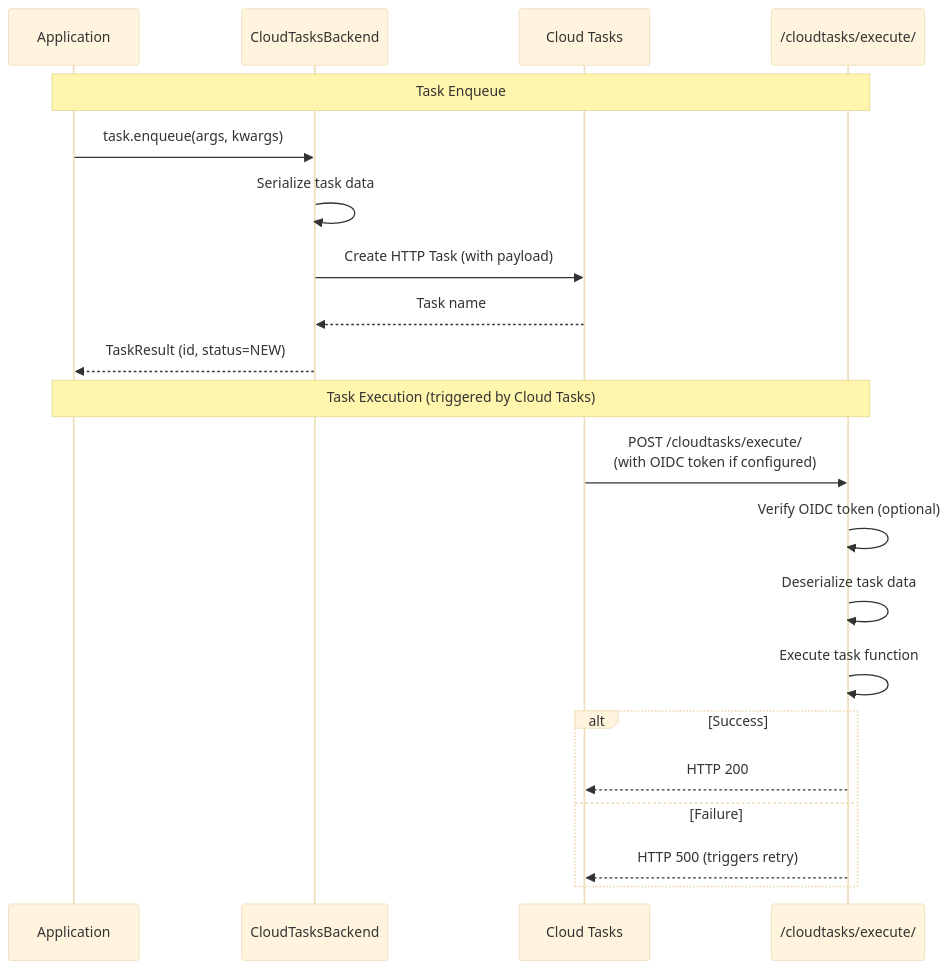
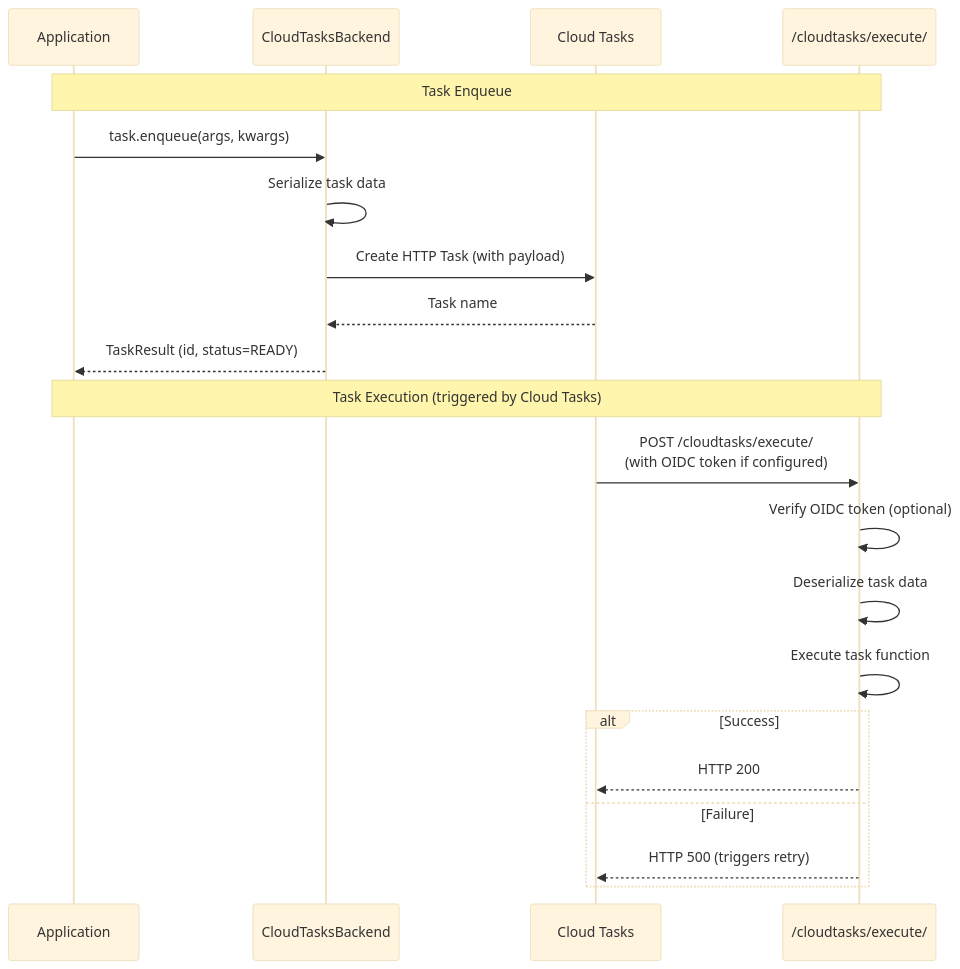
One commit to tokibito/django-tasks-cloud-tasks changed the diagram in README.md. Above: the diagram before and after it, drawn with Mermaid (base theme). The commit also changed 1 other file, not shown here.

Commit message:
README: the enqueue in the architecture diagram returns READY
TaskResultStatus has no NEW; enqueue() returns a result in READY, as
test_enqueue_task asserts.

Fixes #21.

````diff
--- a/README.md
+++ b/README.md
@@ -23,25 +23,25 @@
 ```mermaid
 sequenceDiagram
     participant App as Application
     participant Backend as CloudTasksBackend
     participant CT as Cloud Tasks
     participant Handler as /cloudtasks/execute/
 
     Note over App,Handler: Task Enqueue
     App->>Backend: task.enqueue(args, kwargs)
     Backend->>Backend: Serialize task data
     Backend->>CT: Create HTTP Task (with payload)
     CT-->>Backend: Task name
-    Backend-->>App: TaskResult (id, status=NEW)
+    Backend-->>App: TaskResult (id, status=READY)
 
     Note over App,Handler: Task Execution (triggered by Cloud Tasks)
     CT->>Handler: POST /cloudtasks/execute/<br/>(with OIDC token if configured)
     Handler->>Handler: Verify OIDC token (optional)
     Handler->>Handler: Deserialize task data
     Handler->>Handler: Execute task function
     alt Success
         Handler-->>CT: HTTP 200
     else Failure
         Handler-->>CT: HTTP 500 (triggers retry)
     end
 ```
````
